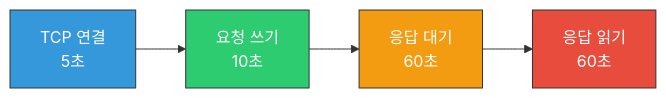
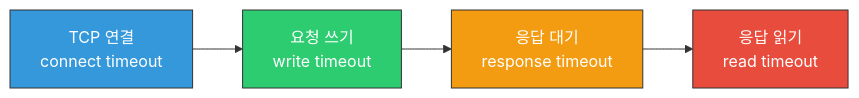
The fourth of 7 diagrams in _posts/2026-02-07-kotlin-coroutines-to-spring-async-performance-improvement.md (jiwon11/jiwon11.github.io), drawn with Mermaid before and after one commit. The commit also changed other lines of this file and 9 other files, not shown here.

````diff
--- a/_posts/2026-02-07-kotlin-coroutines-to-spring-async-performance-improvement.md
+++ b/_posts/2026-02-07-kotlin-coroutines-to-spring-async-performance-improvement.md
@@ -356,11 +355,11 @@
 ```mermaid
 graph LR
-    A["TCP 연결 </br> 5초"] --> B["요청 쓰기 </br> 10초"]
-    B --> C["응답 대기 </br> 60초"]
-    C --> D["응답 읽기 </br> 60초"]
+    A["TCP 연결<br/>connect timeout"] --> B["요청 쓰기<br/>write timeout"]
+    B --> C["응답 대기<br/>response timeout"]
+    C --> D["응답 읽기<br/>read timeout"]
 
     style A fill:#3498DB,stroke:#333,color:#fff
     style B fill:#2ECC71,stroke:#333,color:#fff
     style C fill:#F39C12,stroke:#333,color:#fff
     style D fill:#E74C3C,stroke:#333,color:#fff
 ```
````
